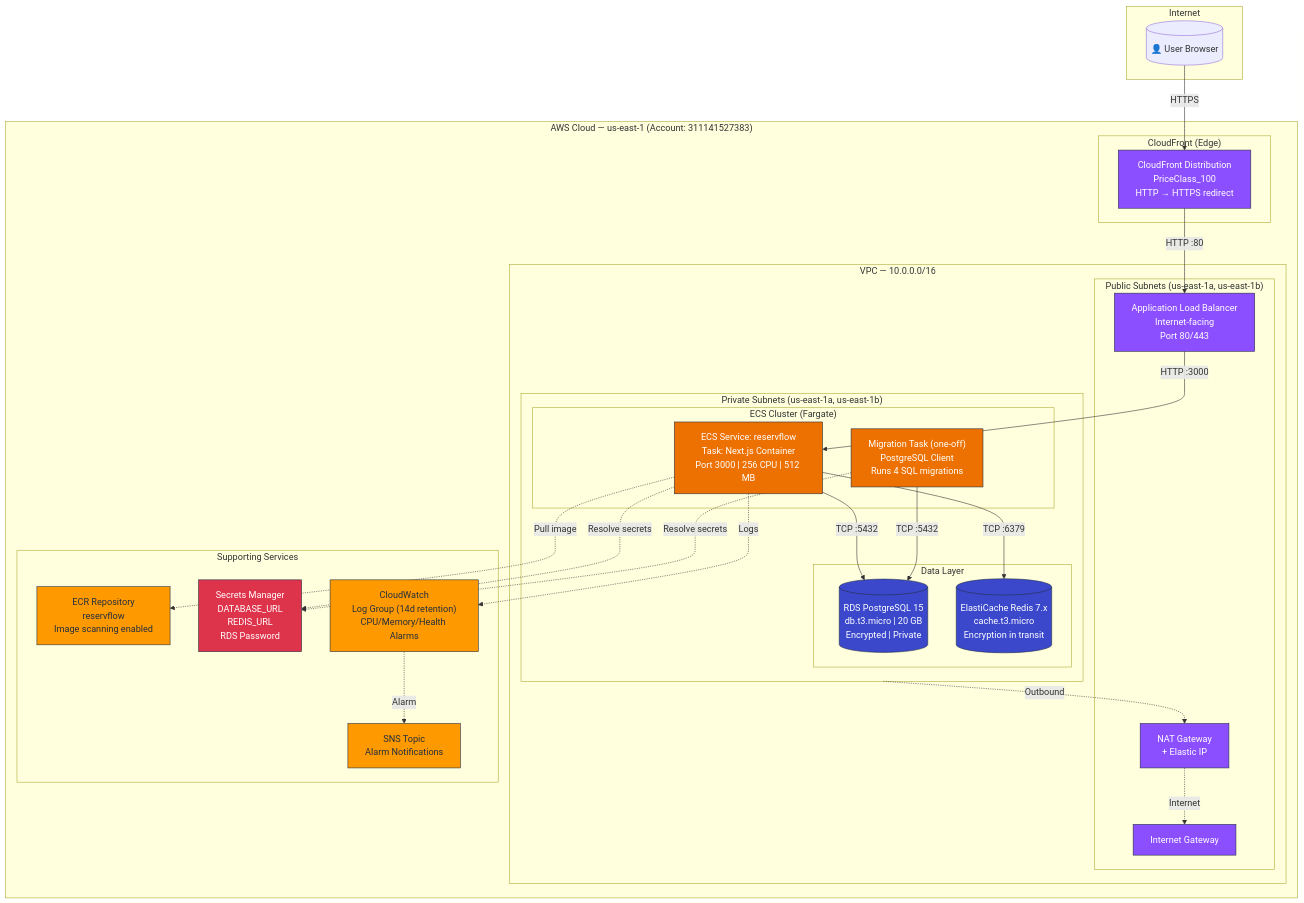
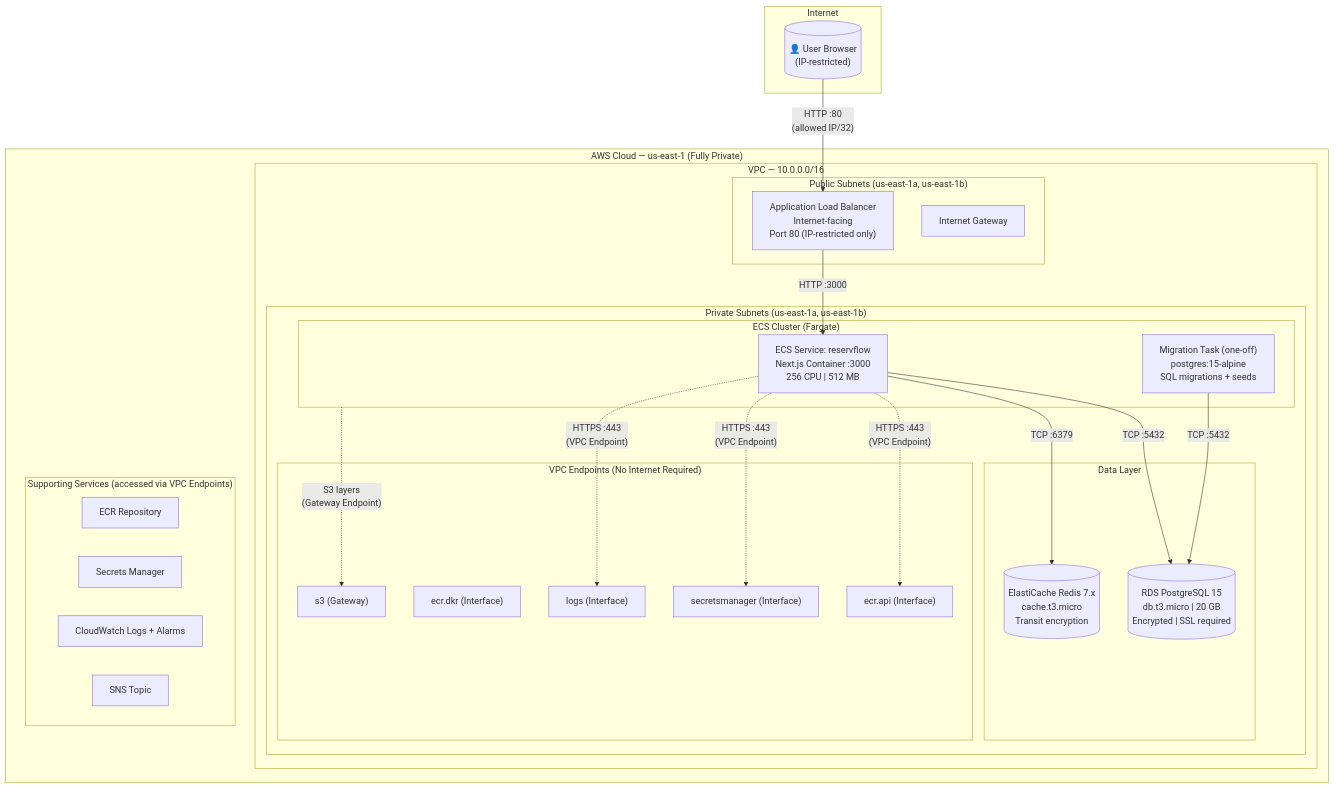
One commit to Danieltlacuache/Hotel_Reservation_Proyect changed the first of 2 diagrams in docs/ecs-fargate-architecture.md. Above: the diagram before and after it, drawn with Mermaid. The commit also changed other lines of this file and 46 other files, not shown here.

````diff
--- a/docs/ecs-fargate-architecture.md
+++ b/docs/ecs-fargate-architecture.md
@@ -5,72 +13,56 @@
 ```mermaid
 graph TB
     subgraph Internet
-        User[("👤 User Browser")]
+        User[("👤 User Browser<br/>(IP-restricted)")]
     end
 
-    subgraph AWS["AWS Cloud — us-east-1 (Account: 311141527383)"]
-        
-        subgraph CF["CloudFront (Edge)"]
-            CDN["CloudFront Distribution<br/>PriceClass_100<br/>HTTP → HTTPS redirect"]
-        end
+    subgraph AWS["AWS Cloud — us-east-1 (Fully Private)"]
 
         subgraph VPC["VPC — 10.0.0.0/16"]
-            
+
             subgraph PublicSubnets["Public Subnets (us-east-1a, us-east-1b)"]
-                ALB["Application Load Balancer<br/>Internet-facing<br/>Port 80/443"]
-                NAT["NAT Gateway<br/>+ Elastic IP"]
+                ALB["Application Load Balancer<br/>Internet-facing<br/>Port 80 (IP-restricted only)"]
                 IGW["Internet Gateway"]
             end
 
             subgraph PrivateSubnets["Private Subnets (us-east-1a, us-east-1b)"]
-                
+
                 subgraph ECSCluster["ECS Cluster (Fargate)"]
-                    AppService["ECS Service: reservflow<br/>Task: Next.js Container<br/>Port 3000 | 256 CPU | 512 MB"]
-                    MigrationTask["Migration Task (one-off)<br/>PostgreSQL Client<br/>Runs 4 SQL migrations"]
+                    AppService["ECS Service: reservflow<br/>Next.js Container :3000<br/>256 CPU | 512 MB"]
+                    MigrationTask["Migration Task (one-off)<br/>postgres:15-alpine<br/>SQL migrations + seeds"]
                 end
 
                 subgraph DataLayer["Data Layer"]
-                    RDS[("RDS PostgreSQL 15<br/>db.t3.micro | 20 GB<br/>Encrypted | Private")]
-                    Redis[("ElastiCache Redis 7.x<br/>cache.t3.micro<br/>Encryption in transit")]
+                    RDS[("RDS PostgreSQL 15<br/>db.t3.micro | 20 GB<br/>Encrypted | SSL required")]
+                    Redis[("ElastiCache Redis 7.x<br/>cache.t3.micro<br/>Transit encryption")]
+                end
+
+                subgraph VPCEndpoints["VPC Endpoints (No Internet Required)"]
+                    ECRA["ecr.api (Interface)"]
+                    ECRD["ecr.dkr (Interface)"]
+                    S3GW["s3 (Gateway)"]
+                    SME["secretsmanager (Interface)"]
+                    CWL["logs (Interface)"]
                 end
             end
         end
 
-        subgraph Supporting["Supporting Services"]
-            ECR["ECR Repository<br/>reservflow<br/>Image scanning enabled"]
-            SM["Secrets Manager<br/>DATABASE_URL<br/>REDIS_URL<br/>RDS Password"]
-            CW["CloudWatch<br/>Log Group (14d retention)<br/>CPU/Memory/Health Alarms"]
-            SNS["SNS Topic<br/>Alarm Notifications"]
+        subgraph Supporting["Supporting Services (accessed via VPC Endpoints)"]
+            ECR["ECR Repository"]
+            SM["Secrets Manager"]
+            CW["CloudWatch Logs + Alarms"]
+            SNS["SNS Topic"]
         end
     end
 
-    %% Traffic Flow
-    User -->|HTTPS| CDN
-    CDN -->|HTTP :80| ALB
+    User -->|"HTTP :80<br/>(allowed IP/32)"| ALB
     ALB -->|HTTP :3000| AppService
     AppService -->|TCP :5432| RDS
     AppService -->|TCP :6379| Redis
     MigrationTask -->|TCP :5432| RDS
 
-    %% Supporting connections
-    AppService -.->|Pull image| ECR
-    AppService -.->|Resolve secrets| SM
-    MigrationTask -.->|Resolve secrets| SM
-    AppService -.->|Logs| CW
-    CW -.->|Alarm| SNS
-    PrivateSubnets -.->|Outbound| NAT
-    NAT -.->|Internet| IGW
-
-    %% Styling
-    classDef aws fill:#FF9900,stroke:#232F3E,color:#232F3E
-    classDef compute fill:#ED7100,stroke:#232F3E,color:white
-    classDef database fill:#3B48CC,stroke:#232F3E,color:white
-    classDef network fill:#8C4FFF,stroke:#232F3E,color:white
-    classDef security fill:#DD344C,stroke:#232F3E,color:white
-
-    class CDN,ALB,NAT,IGW network
-    class AppService,MigrationTask compute
-    class RDS,Redis database
-    class SM security
-    class ECR,CW,SNS aws
+    AppService -.->|"HTTPS :443<br/>(VPC Endpoint)"| ECRA
+    AppService -.->|"HTTPS :443<br/>(VPC Endpoint)"| SME
+    AppService -.->|"HTTPS :443<br/>(VPC Endpoint)"| CWL
+    ECSCluster -.->|"S3 layers<br/>(Gateway Endpoint)"| S3GW
 ```
````
